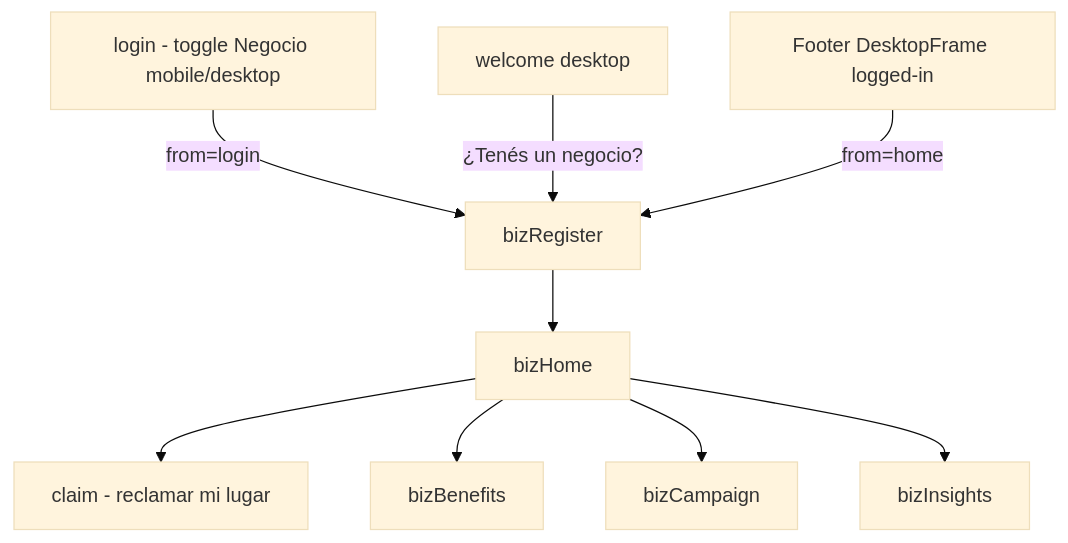
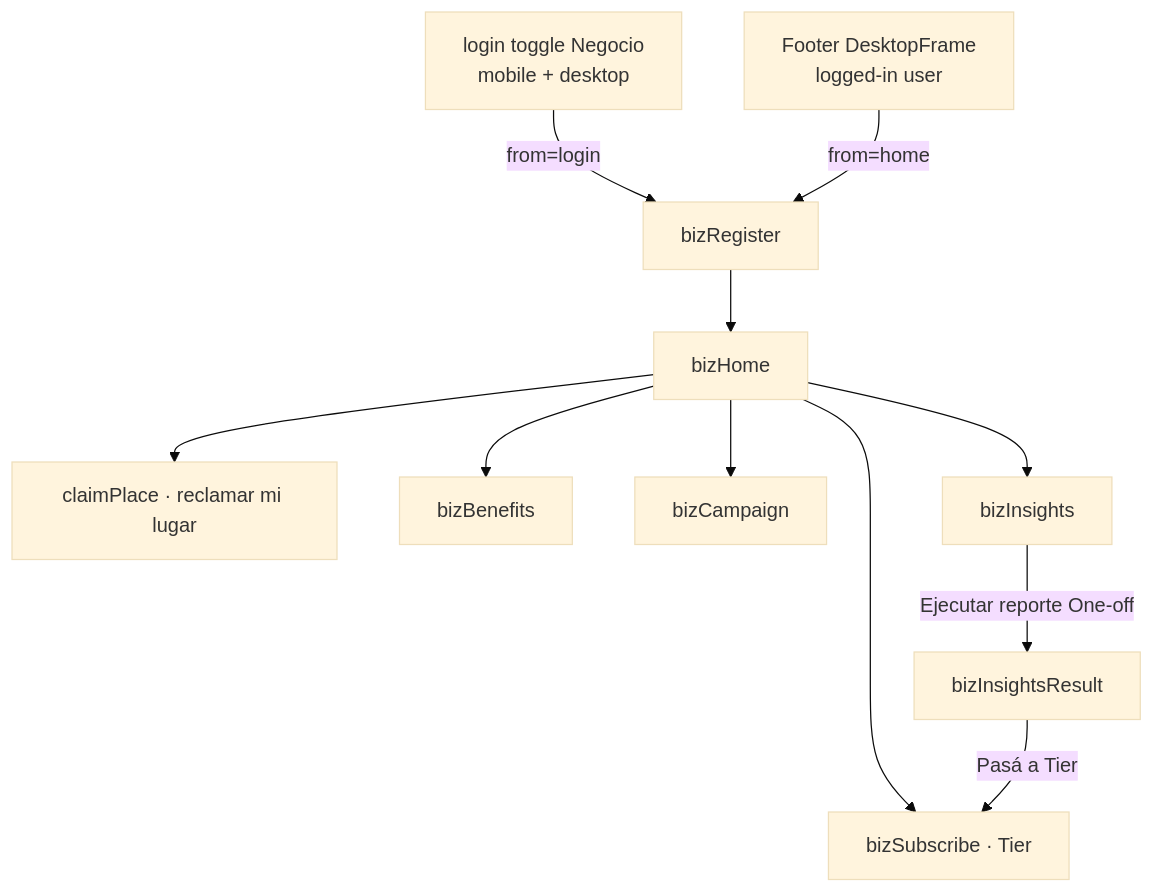
One commit to ajoaquincardozo/spota-design-from-claude-code changed the tenth of 11 diagrams in entrega/mapa-navegacion.md. Above: the diagram before and after it, drawn with Mermaid (base theme). The commit also changed other lines of this file, not shown here.

````diff
--- a/entrega/mapa-navegacion.md
+++ b/entrega/mapa-navegacion.md
@@ -317,11 +310,13 @@
 ```mermaid
 flowchart TD
-    M_LoginToggle[login - toggle Negocio mobile/desktop] -->|from=login| BizReg[bizRegister]
-    D_Welcome[welcome desktop] -->|"¿Tenés un negocio?"| BizReg
-    D_Footer[Footer DesktopFrame logged-in] -->|from=home| BizReg
+    M_LoginToggle[login toggle Negocio<br/>mobile + desktop] -->|from=login| BizReg[bizRegister]
+    D_Footer[Footer DesktopFrame<br/>logged-in user] -->|from=home| BizReg
     BizReg --> BizHome[bizHome]
-    BizHome --> Claim[claim - reclamar mi lugar]
+    BizHome --> Claim[claimPlace · reclamar mi lugar]
     BizHome --> Benefits[bizBenefits]
     BizHome --> Campaign[bizCampaign]
     BizHome --> Insights[bizInsights]
+    BizHome --> Subscribe[bizSubscribe · Tier]
+    Insights -->|Ejecutar reporte One-off| InsightsRes[bizInsightsResult]
+    InsightsRes -->|"Pasá a Tier"| Subscribe
 ```
````
